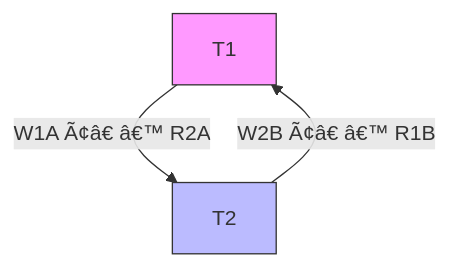
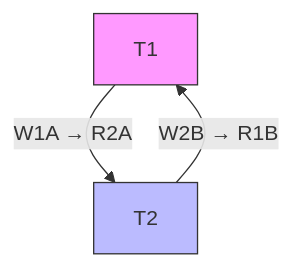
The fifth of 8 diagrams in docs/courses/gate-cs-preparation/23-gate-2025-solved.md (Raushan666java/ai-engineering-journey), drawn with Mermaid before and after one commit. The commit also changed other lines of this file and 965 other files, not shown here.

````diff
--- a/docs/courses/gate-cs-preparation/23-gate-2025-solved.md
+++ b/docs/courses/gate-cs-preparation/23-gate-2025-solved.md
@@ -1129,7 +1129,7 @@
 ```mermaid
 graph TD
-    T1 -->|W1A Ã¢â€ â€™ R2A| T2
-    T2 -->|W2B Ã¢â€ â€™ R1B| T1
+    T1 -->|W1A → R2A| T2
+    T2 -->|W2B → R1B| T1
     style T1 fill:#f9f,stroke:#333
     style T2 fill:#bbf,stroke:#333
 ```
````
